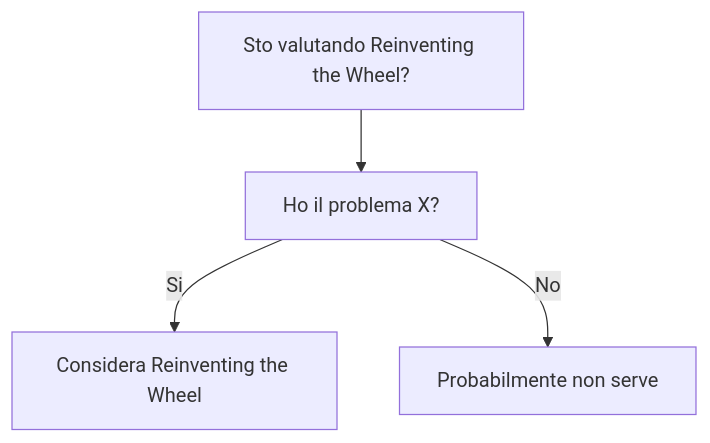
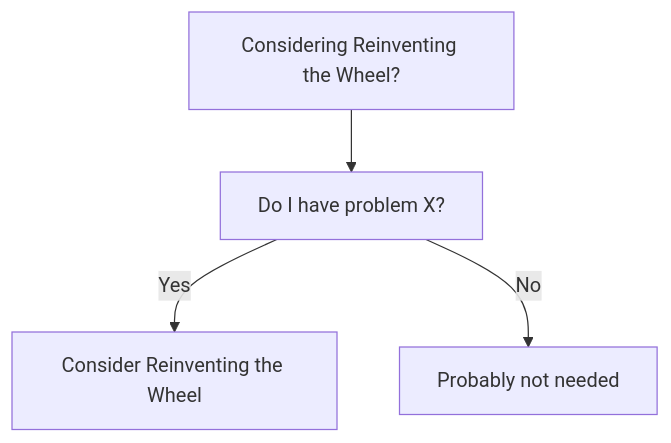
The diagram in dev-wiki/16_AntiPatterns/Reinventing_the_Wheel/When_To_Use.md (HxT9/Software-Dev-Wiki), drawn with Mermaid before and after one commit. The commit also changed other lines of this file and 3444 other files, not shown here.

````diff
--- a/dev-wiki/16_AntiPatterns/Reinventing_the_Wheel/When_To_Use.md
+++ b/dev-wiki/16_AntiPatterns/Reinventing_the_Wheel/When_To_Use.md
@@ -19,6 +19,6 @@
 ```mermaid
 flowchart TD
-  Q[Sto valutando Reinventing the Wheel?] --> Q1[Ho il problema X?]
-  Q1 -->|Si| OK[Considera Reinventing the Wheel]
-  Q1 -->|No| NO[Probabilmente non serve]
+  Q[Considering Reinventing the Wheel?] --> Q1[Do I have problem X?]
+  Q1 -->|Yes| OK[Consider Reinventing the Wheel]
+  Q1 -->|No| NO[Probably not needed]
 ```
````
